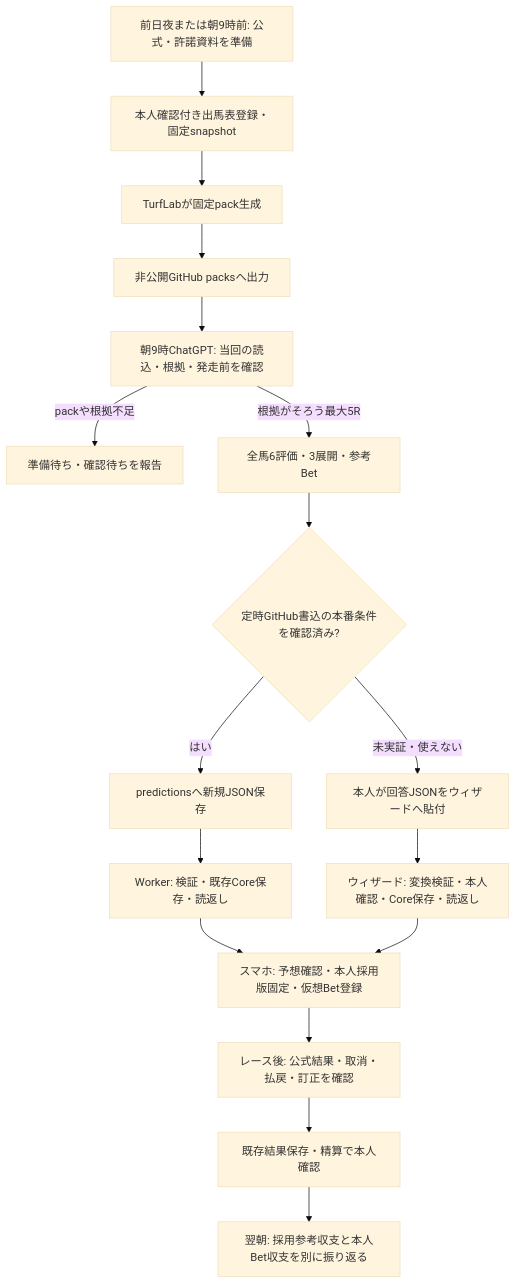
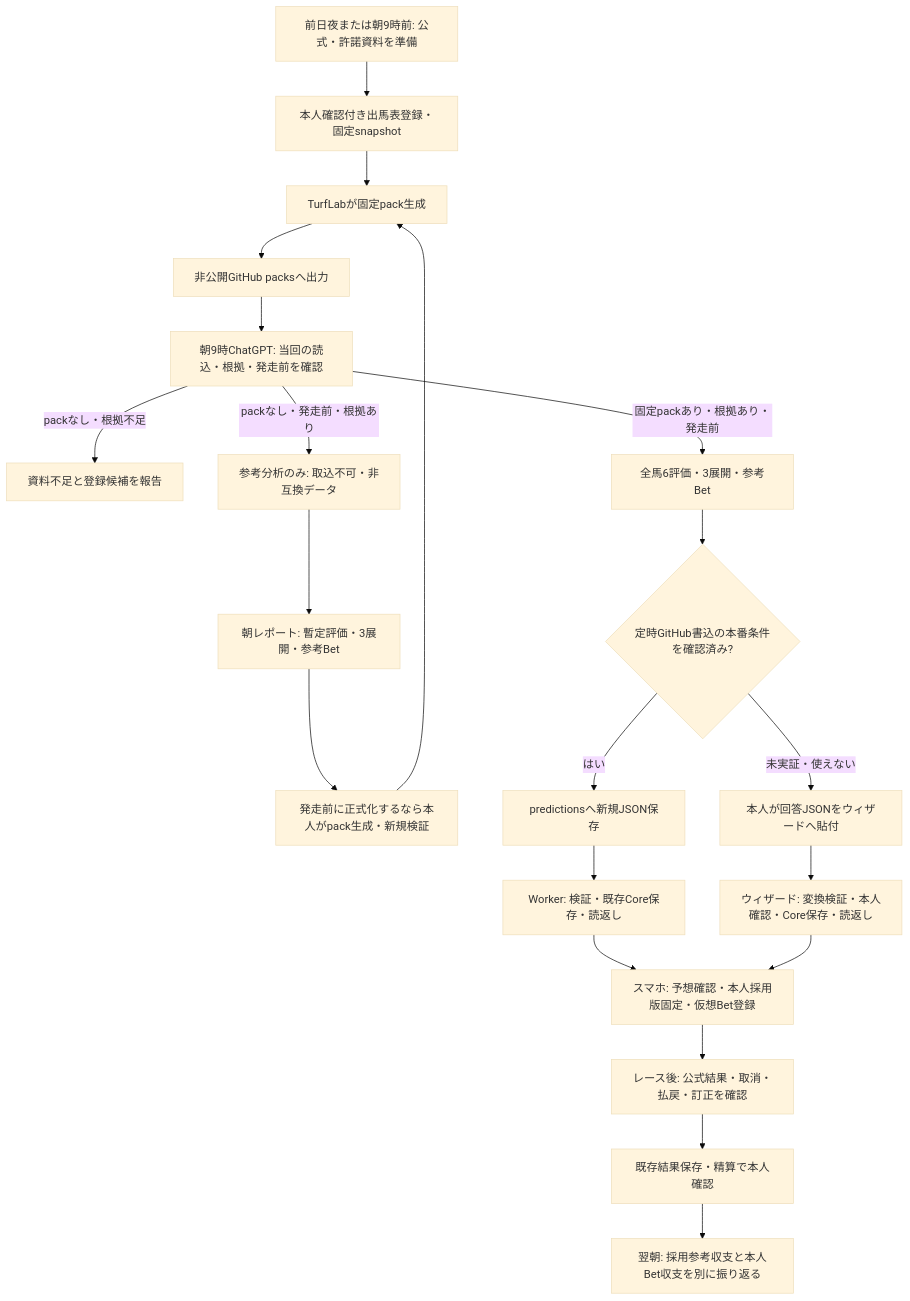
The diagram in docs/daily-operation-flow.md (Soso2e/TurfLab), drawn with Mermaid (base theme) before and after one commit. The commit also changed other lines of this file, not shown here.

````diff
--- a/docs/daily-operation-flow.md
+++ b/docs/daily-operation-flow.md
@@ -7,19 +7,23 @@
 ```mermaid
 flowchart TD
   A[前日夜または朝9時前: 公式・許諾資料を準備] --> B[本人確認付き出馬表登録・固定snapshot]
   B --> C[TurfLabが固定pack生成]
   C --> D[非公開GitHub packsへ出力]
   D --> E[朝9時ChatGPT: 当回の読込・根拠・発走前を確認]
-  E -->|packや根拠不足| W[準備待ち・確認待ちを報告]
-  E -->|根拠がそろう最大5R| F[全馬6評価・3展開・参考Bet]
+  E -->|packなし・根拠不足| W[資料不足と登録候補を報告]
+  E -->|packなし・発走前・根拠あり| R[参考分析のみ: 取込不可・非互換データ]
+  R --> S[朝レポート: 暫定評価・3展開・参考Bet]
+  S --> T[発走前に正式化するなら本人がpack生成・新規検証]
+  T --> C
+  E -->|固定packあり・根拠あり・発走前| F[全馬6評価・3展開・参考Bet]
   F --> G{定時GitHub書込の本番条件を確認済み?}
   G -->|はい| H[predictionsへ新規JSON保存]
   G -->|未実証・使えない| I[本人が回答JSONをウィザードへ貼付]
   H --> J[Worker: 検証・既存Core保存・読返し]
   I --> K[ウィザード: 変換検証・本人確認・Core保存・読返し]
   J --> L[スマホ: 予想確認・本人採用版固定・仮想Bet登録]
   K --> L
   L --> M[レース後: 公式結果・取消・払戻・訂正を確認]
   M --> N[既存結果保存・精算で本人確認]
   N --> O[翌朝: 採用参考収支と本人Bet収支を別に振り返る]
 ```
````
